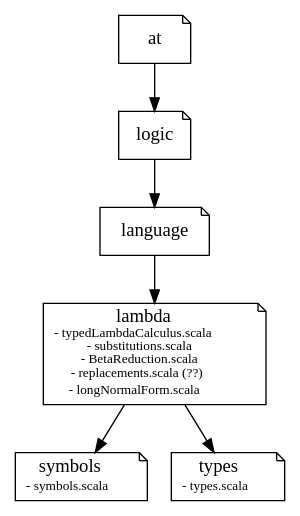
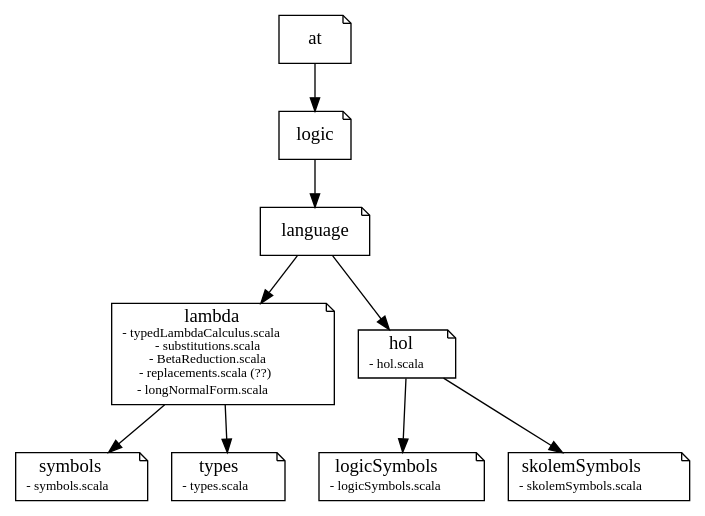
Before and after one commit to mschlaipfer/gapt: the diagram in doc/packages.gv, drawn with Graphviz. The commit also changed 16 other files, not shown here.

```diff
--- a/doc/packages.gv
+++ b/doc/packages.gv
@@ -1,10 +1,16 @@
 # Command: dot packages.gv -Tpng > packages.png
 
 digraph G {
   node [shape=note];
   lambda [label=< lambda<br/><font point-size="10pt">- typedLambdaCalculus.scala<br/>- substitutions.scala<br/>- BetaReduction.scala<br/>- replacements.scala (??)<br/>- longNormalForm.scala</font> >]
   symbols [label=< symbols<br/><font point-size="10pt">- symbols.scala</font> >]
   types [label=< types<br/><font point-size="10pt">- types.scala</font> >]
+  hol [label=< hol<br/><font point-size="10pt">- hol.scala</font> >]
+  logicSymbols [label=< logicSymbols<br/><font point-size="10pt">- logicSymbols.scala</font> >]
+  skolemSymbols [label=< skolemSymbols<br/><font point-size="10pt">- skolemSymbols.scala</font> >]
   at -> logic -> language -> lambda -> symbols;
   lambda -> types;
+  language -> hol;
+  hol -> logicSymbols;
+  hol -> skolemSymbols;
 }
```
